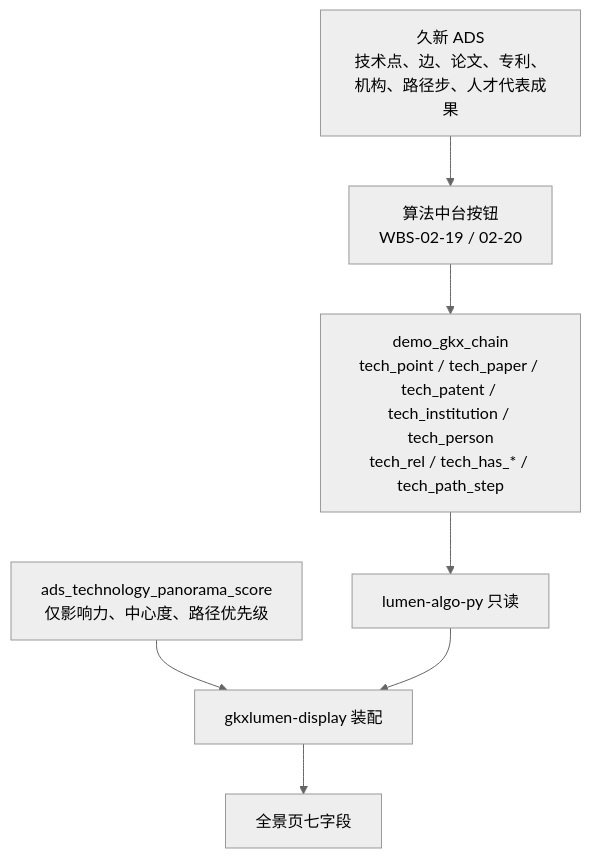
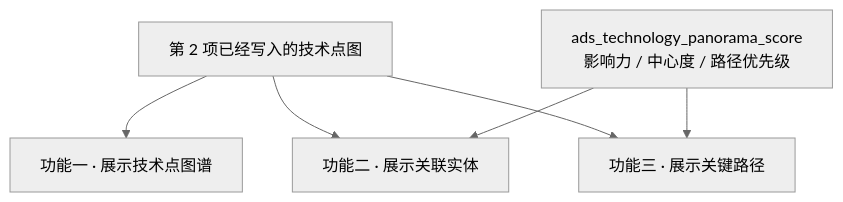
The second of 2 diagrams in agent-delivery/agent-handoffs/科学技术全景-DS02/sdd/l2/TS-L2-DS02-ARCH.md (Marisolebxf/-), drawn with Mermaid (neutral theme) before and after one commit. The commit also changed other lines of this file and 4 other files, not shown here.

First line of the commit message:
docs(ds02): 科学技术全景架构改为三个展示功能 [agent:architect-agent]

````diff
--- a/agent-delivery/agent-handoffs/科学技术全景-DS02/sdd/l2/TS-L2-DS02-ARCH.md
+++ b/agent-delivery/agent-handoffs/科学技术全景-DS02/sdd/l2/TS-L2-DS02-ARCH.md
@@ -69,13 +64,13 @@
 ```mermaid
 flowchart TD
-  jx["久新 ADS<br/>技术点、边、论文、专利、机构、路径步、人才代表成果"]
-  ops["算法中台按钮<br/>WBS-02-19 / 02-20"]
-  space["demo_gkx_chain<br/>tech_point / tech_paper / tech_patent / tech_institution / tech_person<br/>tech_rel / tech_has_* / tech_path_step"]
-  score["ads_technology_panorama_score<br/>仅影响力、中心度、路径优先级"]
-  py["lumen-algo-py 只读"]
-  java["gkxlumen-display 装配"]
-  page["全景页七字段"]
-  jx --> ops --> space
-  score --> java
-  space --> py --> java --> page
+  ready["第 2 项已经写入的技术点图"]
+  score["ads_technology_panorama_score<br/>影响力 / 中心度 / 路径优先级"]
+  f1["功能一 · 展示技术点图谱"]
+  f2["功能二 · 展示关联实体"]
+  f3["功能三 · 展示关键路径"]
+  ready --> f1
+  ready --> f2
+  ready --> f3
+  score --> f2
+  score --> f3
 ```
````
